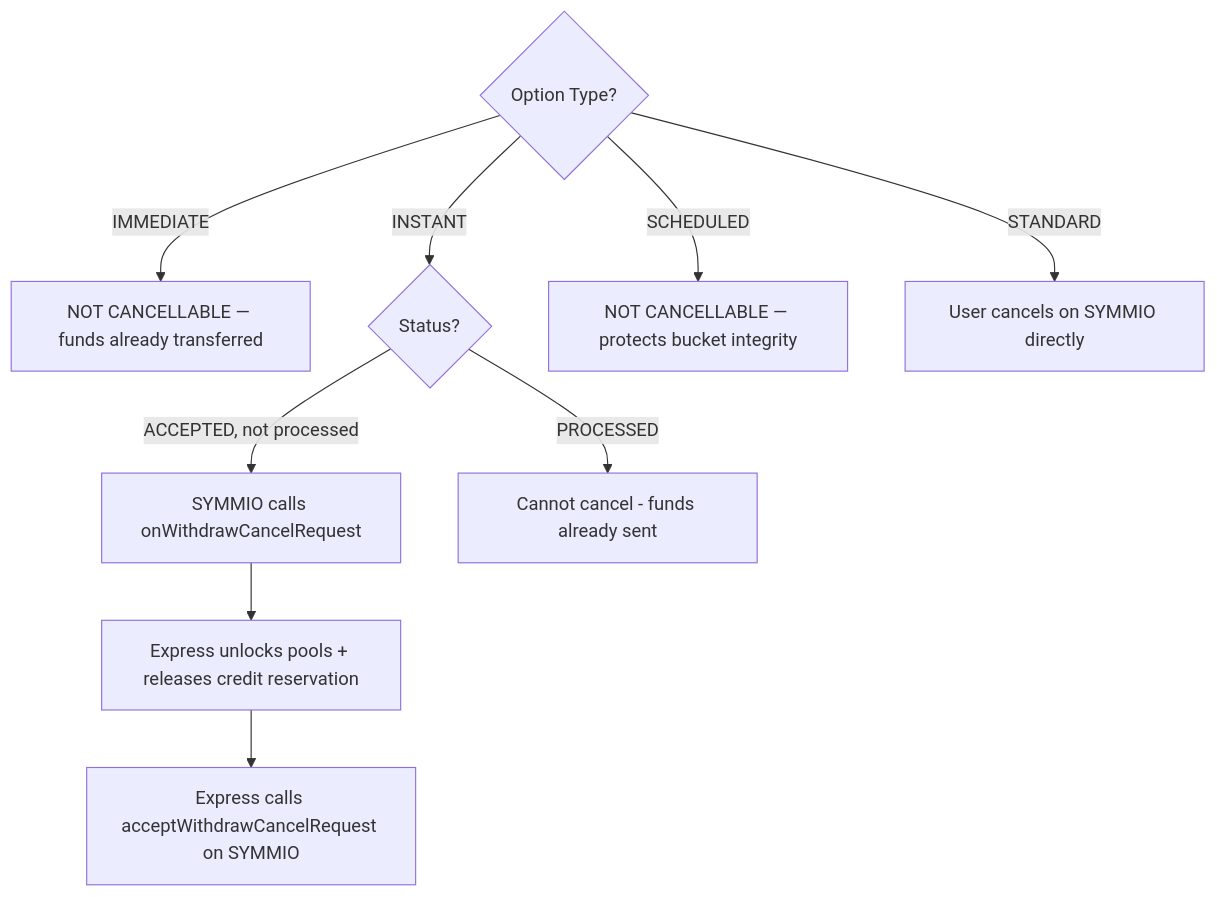
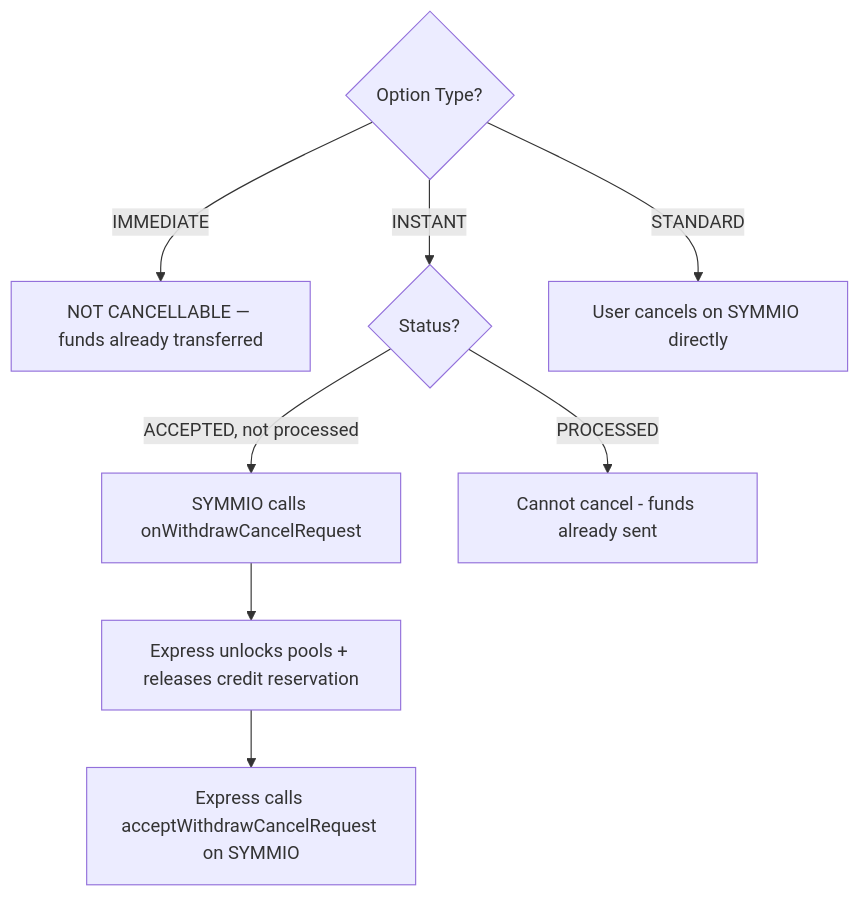
The tenth of 15 diagrams in docs/v0.8.6/express-withdrawal-system-design.md (SYMM-IO/perps-core), drawn with Mermaid before and after one commit. The commit also changed other lines of this file and 14 other files, not shown here.

````diff
--- a/docs/v0.8.6/express-withdrawal-system-design.md
+++ b/docs/v0.8.6/express-withdrawal-system-design.md
@@ -652,14 +607,13 @@
 ```mermaid
 flowchart TD
     A{Option Type?}
     A -->|IMMEDIATE| Z[NOT CANCELLABLE — funds already transferred]
     A -->|INSTANT| B{Status?}
-    A -->|SCHEDULED| C[NOT CANCELLABLE — protects bucket integrity]
     A -->|STANDARD| D[User cancels on SYMMIO directly]
 
     B -->|ACCEPTED, not processed| E[SYMMIO calls onWithdrawCancelRequest]
     E --> F[Express unlocks pools + releases credit reservation]
     F --> G[Express calls acceptWithdrawCancelRequest on SYMMIO]
 
     B -->|PROCESSED| H[Cannot cancel - funds already sent]
 ```
````
